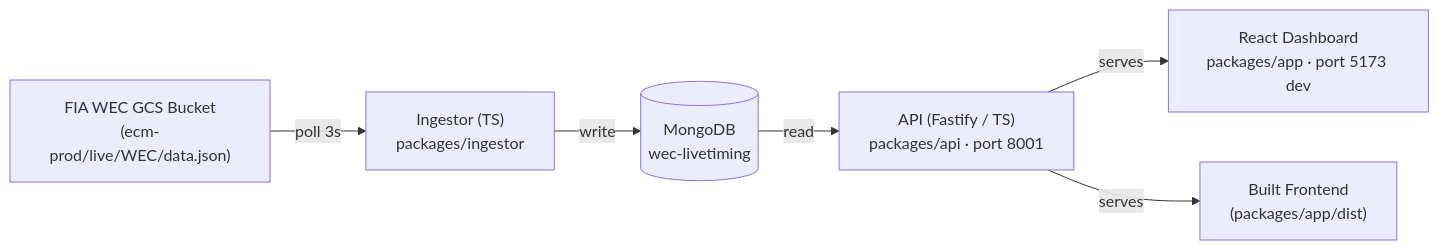
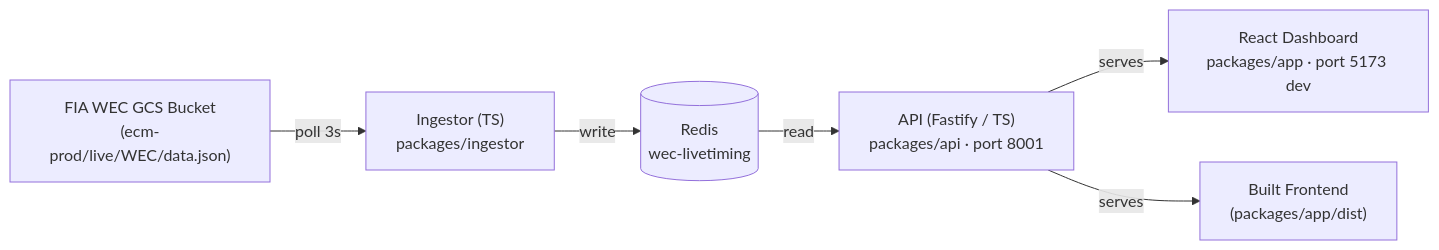
The diagram in README.md (tombell/wec-dashboard), drawn with Mermaid before and after one commit. The commit also changed other lines of this file and 11 other files, not shown here.

Commit message:
Migrate from MongoDB to Redis

````diff
--- a/README.md
+++ b/README.md
@@ -9,8 +9,8 @@
 ```mermaid
 flowchart LR
   A["FIA WEC GCS Bucket<br/>(ecm-prod/live/WEC/data.json)"] -->|"poll 3s"| B["Ingestor (TS)<br/>packages/ingestor"]
-  B -->|"write"| C[(MongoDB<br/>wec-livetiming)]
+  B -->|"write"| C[(Redis<br/>wec-livetiming)]
   C -->|"read"| D["API (Fastify / TS)<br/>packages/api · port 8001"]
   D -->|"serves"| E["React Dashboard<br/>packages/app · port 5173 dev"]
   D -->|"serves"| F["Built Frontend<br/>(packages/app/dist)"]
 ```
````
